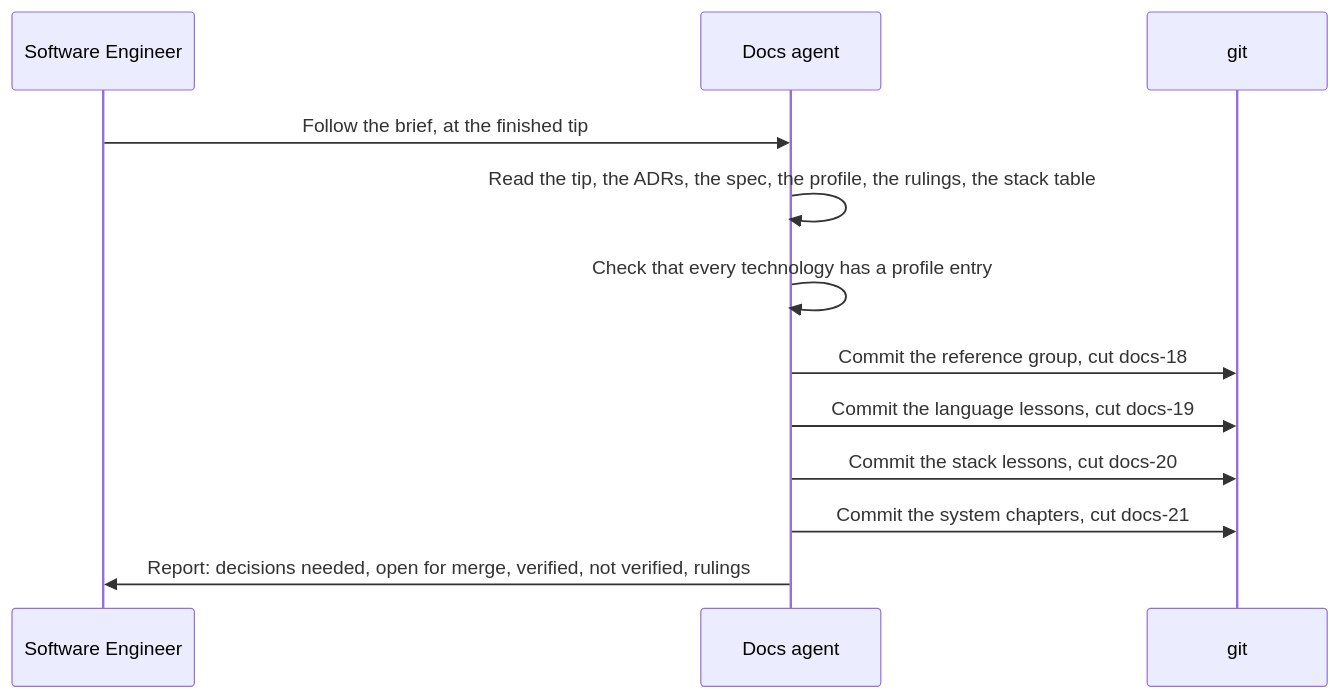
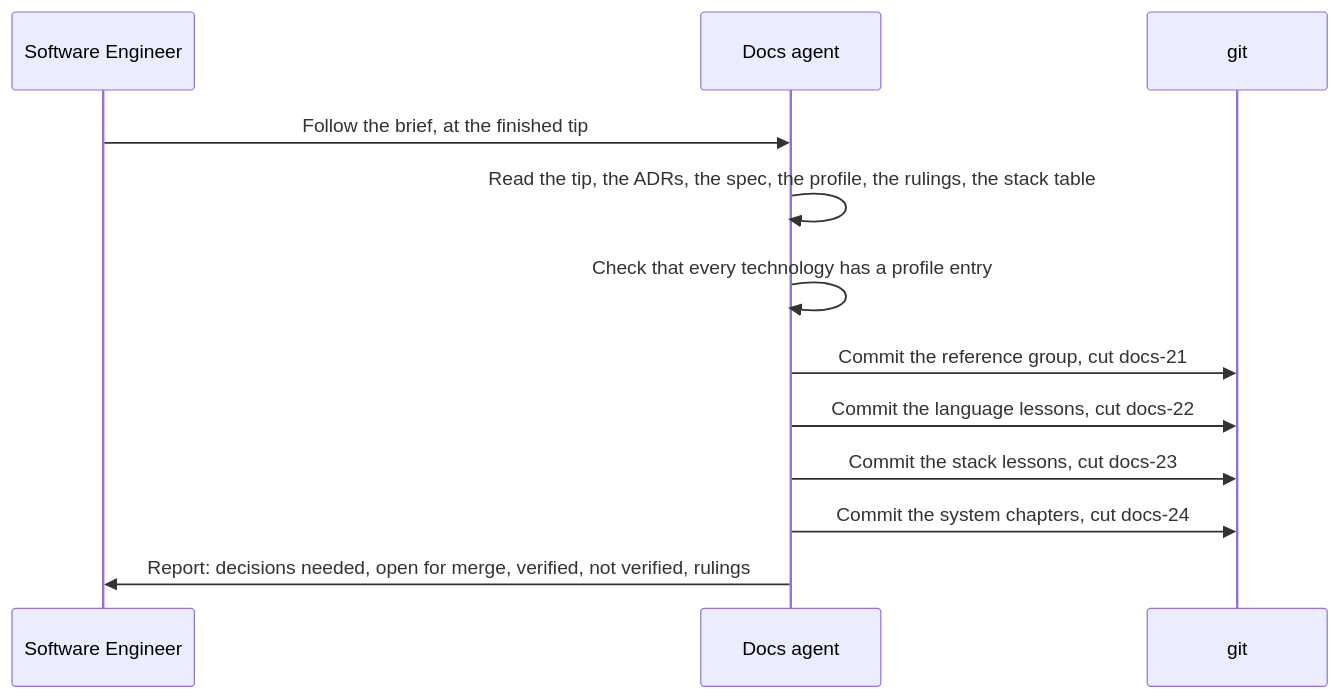
Before and after one commit to chandanbsd/baseline-framework: the second of 5 diagrams in docs/course/system/04-docs-agent-writes-the-docs-section.md, drawn with Mermaid. The commit also changed other lines of this file and 11 other files, not shown here.

Commit message:
docs: re-check the system chapters against revision 3

````diff
--- a/docs/course/system/04-docs-agent-writes-the-docs-section.md
+++ b/docs/course/system/04-docs-agent-writes-the-docs-section.md
@@ -66,14 +66,14 @@
 ```mermaid
 sequenceDiagram
     participant E as Software Engineer
     participant D as Docs agent
     participant G as git
     E->>D: Follow the brief, at the finished tip
     D->>D: Read the tip, the ADRs, the spec, the profile, the rulings, the stack table
     D->>D: Check that every technology has a profile entry
-    D->>G: Commit the reference group, cut docs-18
-    D->>G: Commit the language lessons, cut docs-19
-    D->>G: Commit the stack lessons, cut docs-20
-    D->>G: Commit the system chapters, cut docs-21
+    D->>G: Commit the reference group, cut docs-21
+    D->>G: Commit the language lessons, cut docs-22
+    D->>G: Commit the stack lessons, cut docs-23
+    D->>G: Commit the system chapters, cut docs-24
     D->>E: Report: decisions needed, open for merge, verified, not verified, rulings
 ```
````
